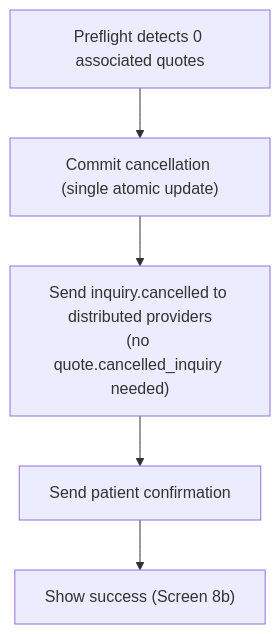
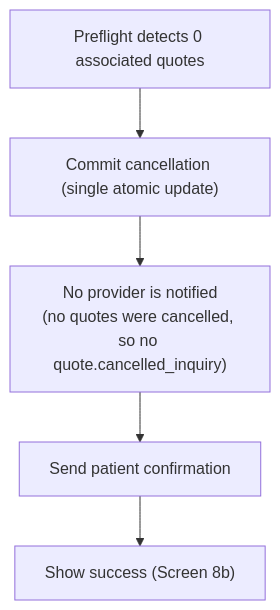
One commit to joachimtrungtuan/hairline-pm-docs changed diagram 14 of 15 in project-requirements/functional-requirements/fr003-inquiry-submission/prd.md. Above: the diagram before and after it, drawn with Mermaid. The commit also changed other lines of this file and 40 other files, not shown here.

````diff
--- a/project-requirements/functional-requirements/fr003-inquiry-submission/prd.md
+++ b/project-requirements/functional-requirements/fr003-inquiry-submission/prd.md
@@ -424,6 +424,6 @@
 ```mermaid
 flowchart TD
     Preflight["Preflight detects 0 associated quotes"] --> Commit["Commit cancellation (single atomic update)"]
-    Commit --> Notify["Send inquiry.cancelled to distributed providers<br/>(no quote.cancelled_inquiry needed)"]
+    Commit --> Notify["No provider is notified<br/>(no quotes were cancelled, so no quote.cancelled_inquiry)"]
     Notify --> Patient["Send patient confirmation"] --> Done["Show success (Screen 8b)"]
 ```
````
